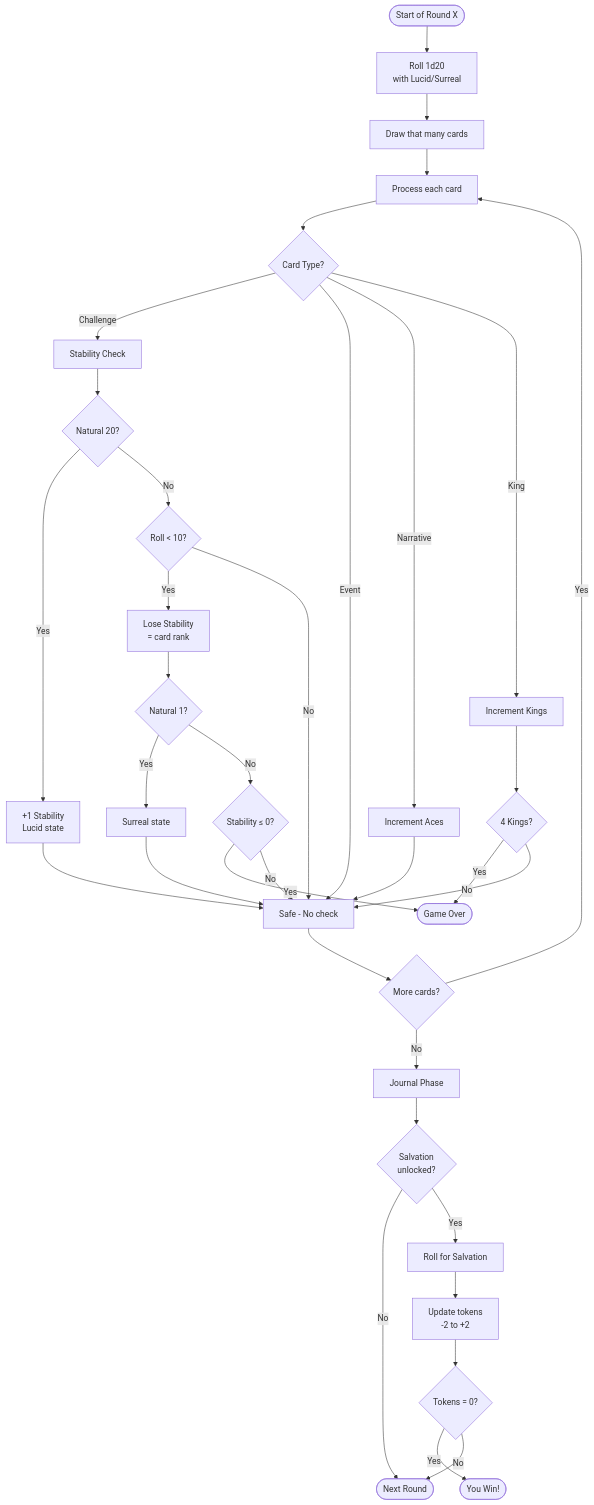
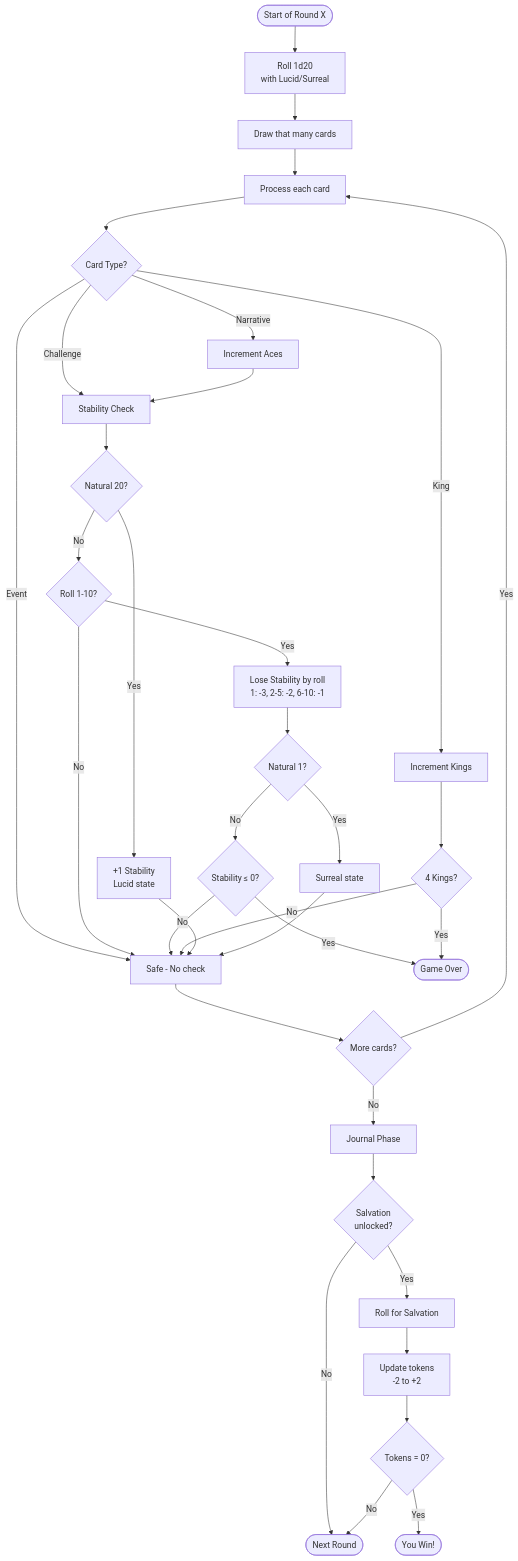
One commit to dimm-city/dc-solo-rpg changed the diagram in docs/d20-mechanics-guide.md. Above: the diagram before and after it, drawn with Mermaid. The commit also changed other lines of this file and 160 other files, not shown here.

````diff
--- a/docs/d20-mechanics-guide.md
+++ b/docs/d20-mechanics-guide.md
@@ -402,54 +406,54 @@
 ```mermaid
 flowchart TB
     Start([Start of Round X]) --> Roll[Roll 1d20<br/>with Lucid/Surreal]
 
     Roll --> Draw[Draw that many cards]
     Draw --> Process[Process each card]
 
     Process --> CardType{Card Type?}
 
     CardType -->|Challenge| StabCheck[Stability Check]
     CardType -->|Event| Safe[Safe - No check]
     CardType -->|Narrative| Ace[Increment Aces]
     CardType -->|King| King[Increment Kings]
 
     StabCheck --> Nat20{Natural 20?}
     Nat20 -->|Yes| GainStab[+1 Stability<br/>Lucid state]
-    Nat20 -->|No| CheckFail{Roll < 10?}
+    Nat20 -->|No| CheckFail{Roll 1-10?}
 
-    CheckFail -->|Yes| LoseStab[Lose Stability<br/>= card rank]
+    CheckFail -->|Yes| LoseStab[Lose Stability by roll<br/>1: -3, 2-5: -2, 6-10: -1]
     CheckFail -->|No| Safe
 
     LoseStab --> Nat1{Natural 1?}
     Nat1 -->|Yes| Surreal[Surreal state]
     Nat1 -->|No| CheckDead{Stability ≤ 0?}
 
     CheckDead -->|Yes| Lose[GAME OVER]
     CheckDead -->|No| Safe
 
     King --> Check4{4 Kings?}
     Check4 -->|Yes| Lose
     Check4 -->|No| Safe
 
-    Ace --> Safe
+    Ace --> StabCheck
     GainStab --> Safe
     Surreal --> Safe
     Safe --> More{More cards?}
 
     More -->|Yes| Process
     More -->|No| Journal[Journal Phase]
 
     Journal --> SalvationActive{Salvation<br/>unlocked?}
     SalvationActive -->|No| NextRound
     SalvationActive -->|Yes| SalvRoll[Roll for Salvation]
 
     SalvRoll --> UpdateTokens[Update tokens<br/>-2 to +2]
     UpdateTokens --> TokenCheck{Tokens = 0?}
 
     TokenCheck -->|Yes| Win[VICTORY!]
     TokenCheck -->|No| NextRound
 
     NextRound([Next Round])
     Win([You Win!])
     Lose([Game Over])
 ```
````
